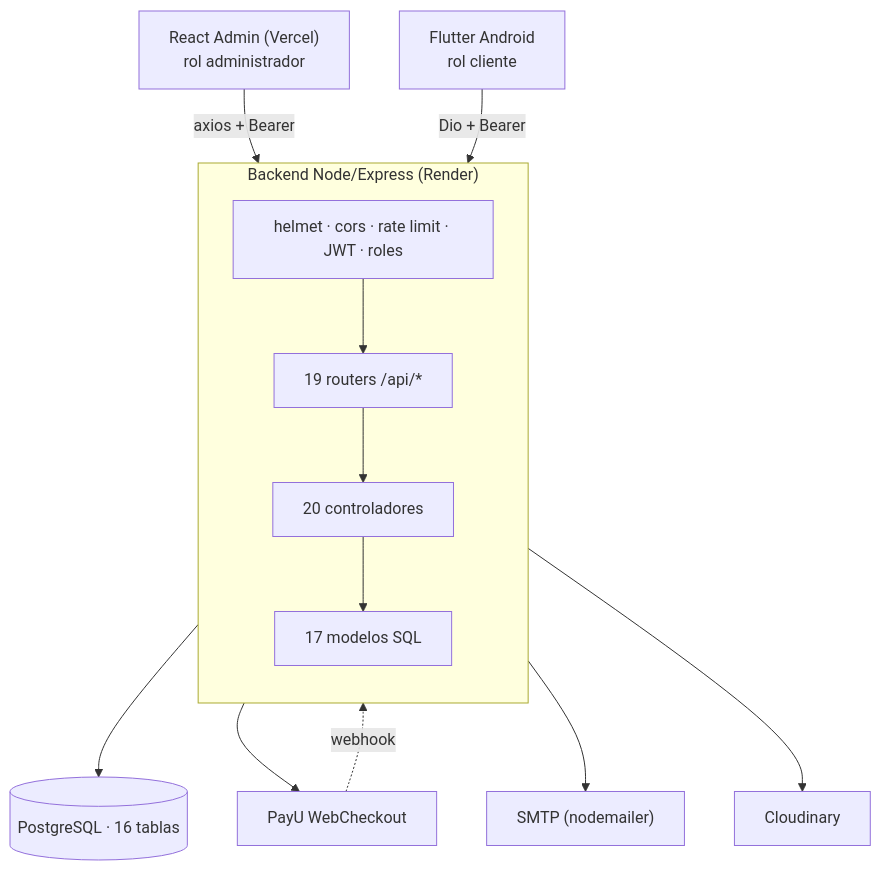
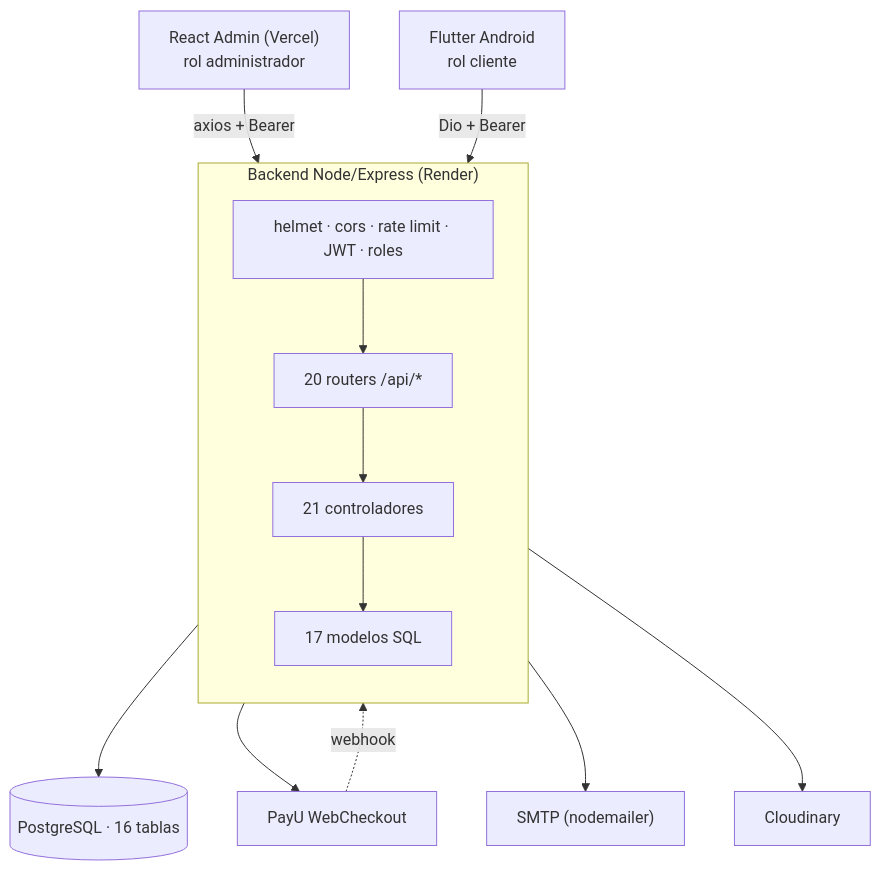
One commit to jimenezvegaedinson7-dot/librer-a changed the diagram in docs/architecture/graphs/general-architecture.mmd. Above: the diagram before and after it, drawn with Mermaid. The commit also changed 88 other files, not shown here.

```diff
--- a/docs/architecture/graphs/general-architecture.mmd
+++ b/docs/architecture/graphs/general-architecture.mmd
@@ -1,19 +1,19 @@
-%% Generado 2026-09-26 desde el código real (actualizar-mapa.mjs)
+%% Generado 2026-09-30 desde el código real (actualizar-mapa.mjs)
 flowchart TB
     DB[("PostgreSQL · 16 tablas")]
     subgraph API["Backend Node/Express (Render)"]
         direction TB
         MW["helmet · cors · rate limit · JWT · roles"]
-        R["19 routers /api/*"]
-        C["20 controladores"]
+        R["20 routers /api/*"]
+        C["21 controladores"]
         M["17 modelos SQL"]
         MW --> R --> C --> M
     end
     M --> DB
     EXT1["PayU WebCheckout"]
     EXT2["SMTP (nodemailer)"]
     EXT3["Cloudinary"]
     C --> EXT1 & EXT2 & EXT3
     EXT1 -. webhook .-> R
     REACT["React Admin (Vercel)<br/>rol administrador"] -->|"axios + Bearer"| MW
     FLUTTER["Flutter Android<br/>rol cliente"] -->|"Dio + Bearer"| MW
```
